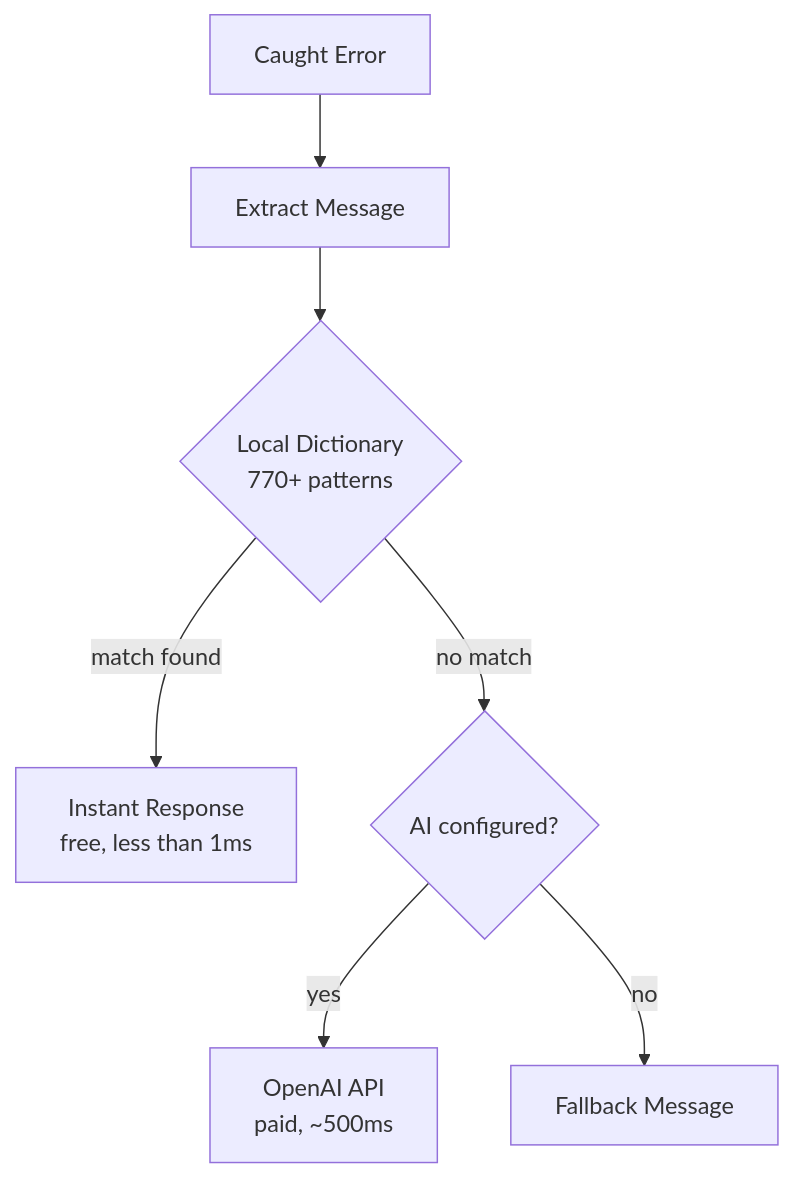
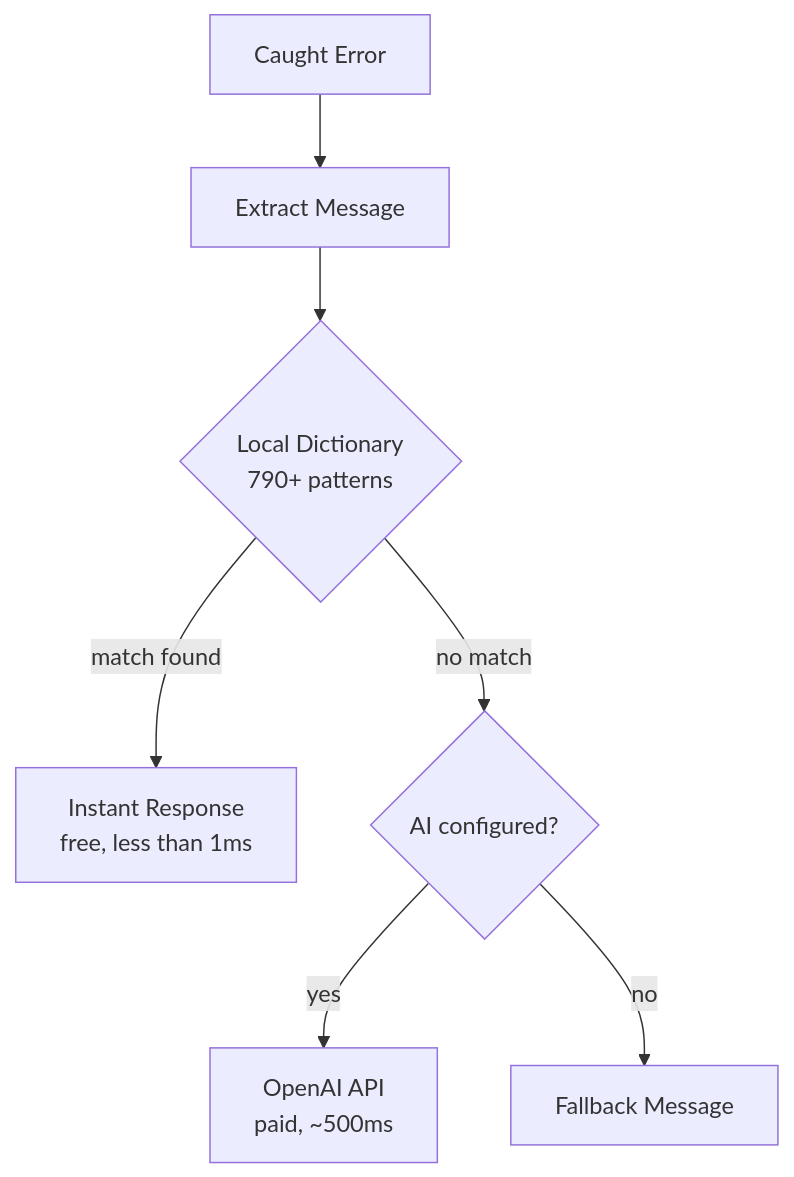
One commit to halilatilla/web3-error-humanizer changed the diagram in README.md. Above: the diagram before and after it, drawn with Mermaid. The commit also changed other lines of this file and 23 other files, not shown here.

````diff
--- a/README.md
+++ b/README.md
@@ -276,9 +317,9 @@
 ```mermaid
 flowchart TD
     A["Caught Error"] --> B["Extract Message"]
-    B --> C{"Local Dictionary\n770+ patterns"}
+    B --> C{"Local Dictionary\n790+ patterns"}
     C -->|match found| D["Instant Response\nfree, less than 1ms"]
     C -->|no match| E{"AI configured?"}
     E -->|yes| F["OpenAI API\npaid, ~500ms"]
     E -->|no| G["Fallback Message"]
 ```
````
